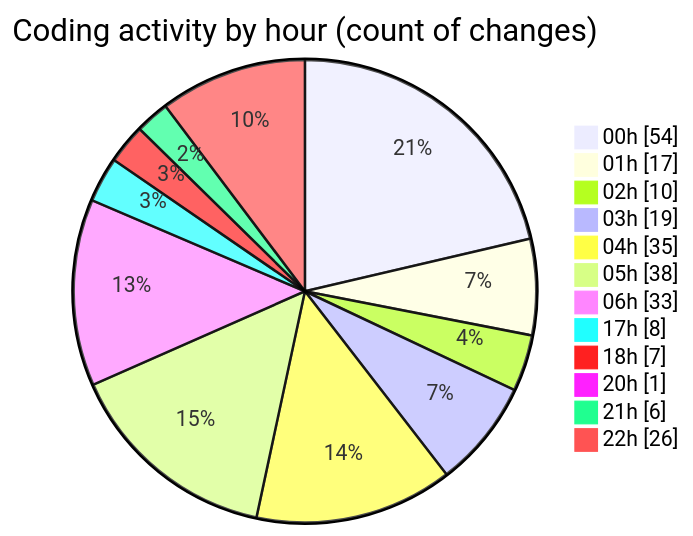
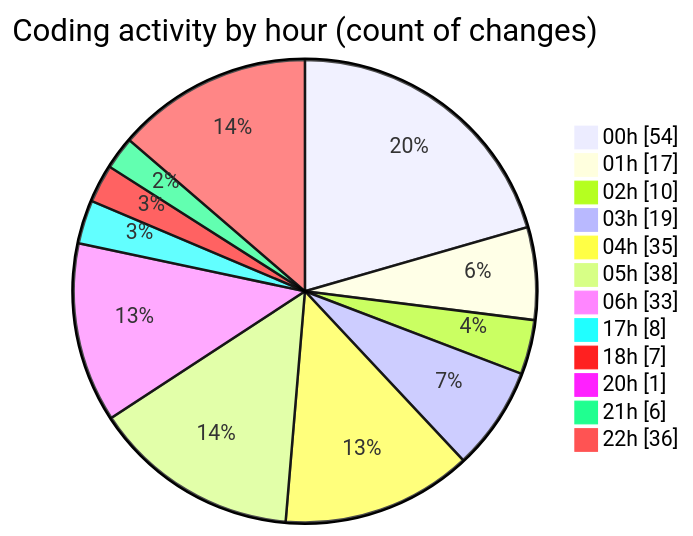
Before and after one commit to lephambinh05/code-tracking: the second of 2 diagrams in 2025-07-26/quanlyrapchieuphim-1/README.md, drawn with Mermaid. The commit also changed other lines of this file and 1 other file, not shown here.

````diff
--- a/2025-07-26/quanlyrapchieuphim-1/README.md
+++ b/2025-07-26/quanlyrapchieuphim-1/README.md
@@ -53,16 +53,16 @@
 ```mermaid
 pie showData
 title Coding activity by hour (count of changes)
 "00h" : 54
 "01h" : 17
 "02h" : 10
 "03h" : 19
 "04h" : 35
 "05h" : 38
 "06h" : 33
 "17h" : 8
 "18h" : 7
 "20h" : 1
 "21h" : 6
-"22h" : 26
+"22h" : 36
 ```
````
